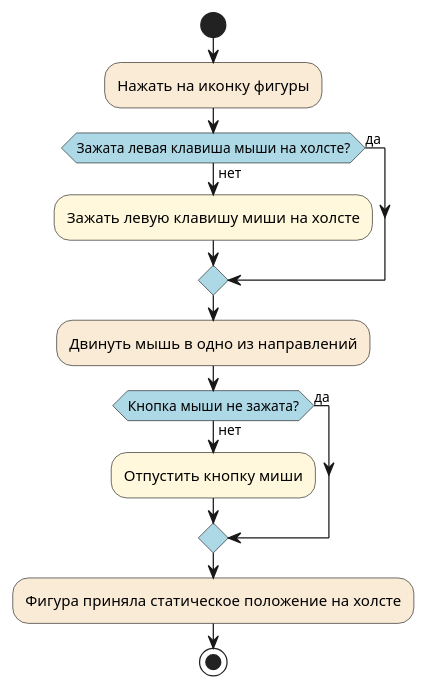
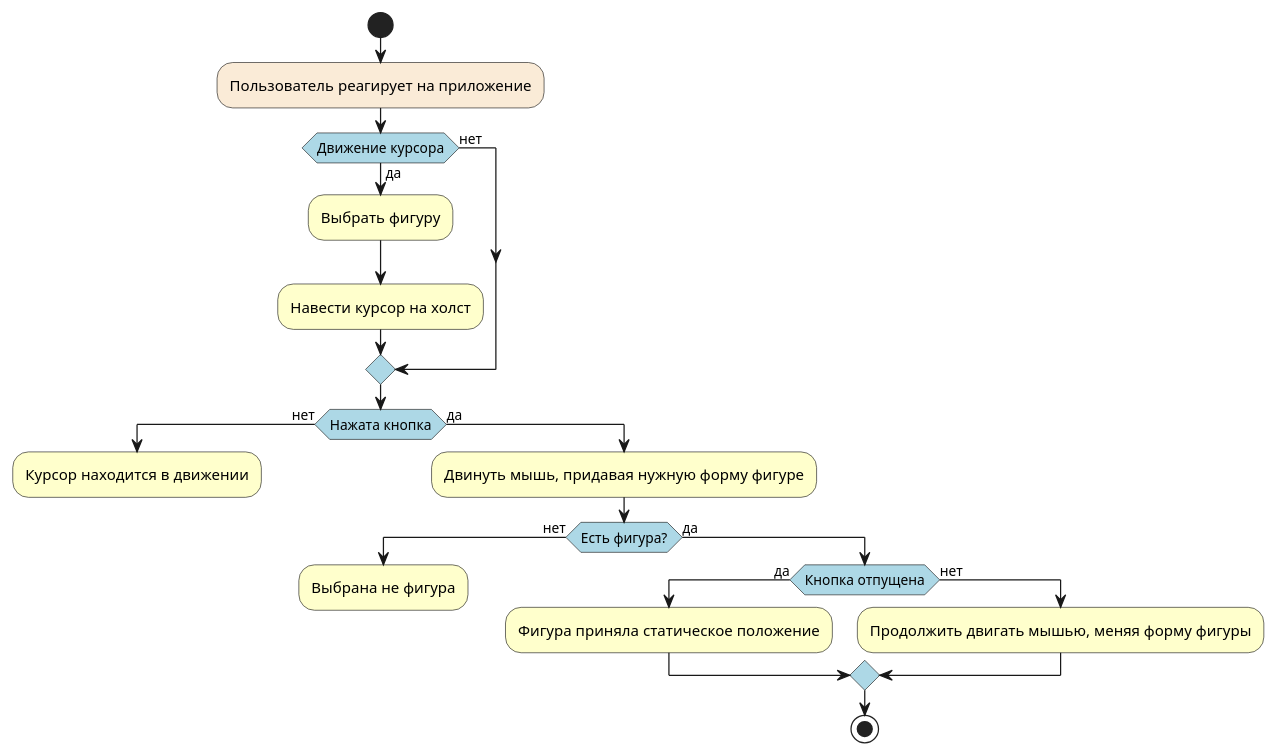
The diagram in diagrams/activity1.puml (UnVeh/reposit), drawn with PlantUML before and after one commit.

```diff
--- a/diagrams/activity1.puml
+++ b/diagrams/activity1.puml
@@ -1,19 +1,30 @@
 @startuml
 skinparam activity {
     DiamondBackgroundColor LightBlue
 }
 start
+#AntiqueWhite:Пользователь реагирует на приложение;
+if (Движение курсора) then (да)
+#Business:Выбрать фигуру;
+#Business:Навести курсор на холст;
+else (нет)
+endif
+    if (Нажата кнопка) then (нет)
+    #Business:Курсор находится в движении;
+    kill
+    else (да)
+    #Business:Двинуть мышь, придавая нужную форму фигуре;
+        if (Есть фигура?) then (нет)
+        #Business:Выбрана не фигура;
+        kill
 
-#AntiqueWhite:Нажать на иконку фигуры;
-if (Зажата левая клавиша мыши на холсте?) then (да)
-else (нет)
-#Cornsilk:Зажать левую клавишу миши на холсте;
+        else (да)
+
+        if (Кнопка отпущена) then (да)
+        #Business:Фигура приняла статическое положение;
+        else (нет)
+        #Business:Продолжить двигать мышью, меняя форму фигуры;
+
 endif
-#AntiqueWhite:Двинуть мышь в одно из направлений;
-if (Кнопка мыши не зажата?) then (да)
-else (нет)
-#Cornsilk:Отпустить кнопку миши;
-endif
-#AntiqueWhite:Фигура приняла статическое положение на холсте;
 stop
 @enduml
```
